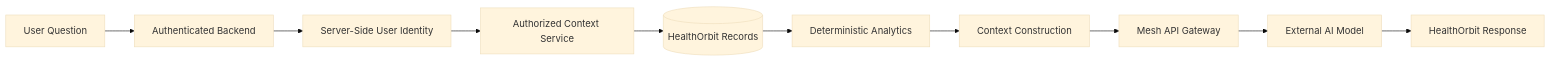
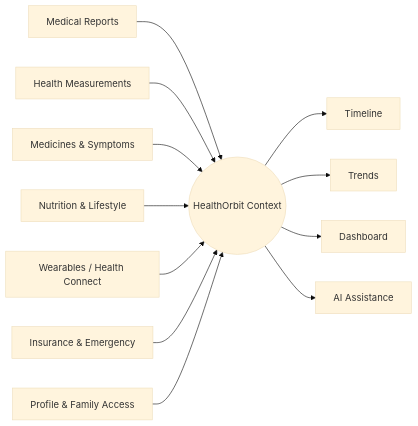
One commit to Its-AtharvDeshmukh/HealthOrbit changed the first of 5 diagrams in README.md. Above: the diagram before and after it, drawn with Mermaid (base theme). The commit also changed other lines of this file, not shown here.

````diff
--- a/README.md
+++ b/README.md
@@ -162,12 +35,17 @@
 ```mermaid
 flowchart LR
-    A[User Question] --> B[Authenticated Backend]
-    B --> C[Server-Side User Identity]
-    C --> D[Authorized Context Service]
-    D --> E[(HealthOrbit Records)]
-    E --> F[Deterministic Analytics]
-    F --> G[Context Construction]
-    G --> H[Mesh API Gateway]
-    H --> I[External AI Model]
-    I --> J[HealthOrbit Response]
+    A[Medical Reports] --> H
+    B[Health Measurements] --> H
+    C[Medicines & Symptoms] --> H
+    D[Nutrition & Lifestyle] --> H
+    E[Wearables / Health Connect] --> H
+    F[Insurance & Emergency] --> H
+    G[Profile & Family Access] --> H
+
+    H((HealthOrbit Context))
+
+    H --> I[Timeline]
+    H --> J[Trends]
+    H --> K[Dashboard]
+    H --> L[AI Assistance]
 ```
````
